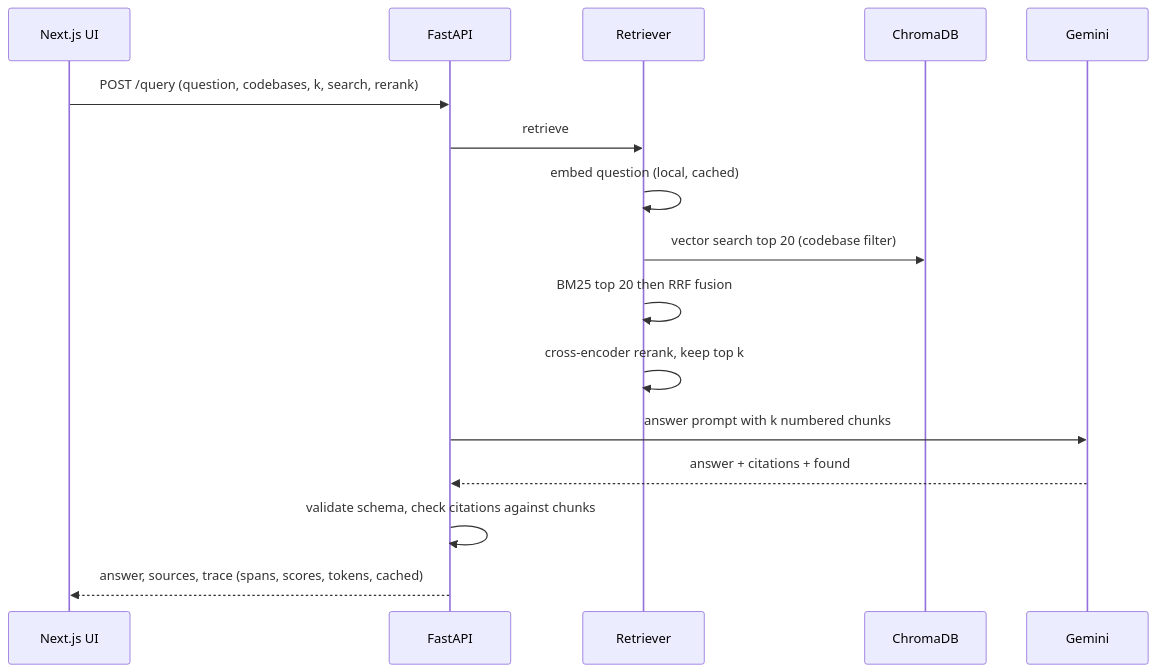
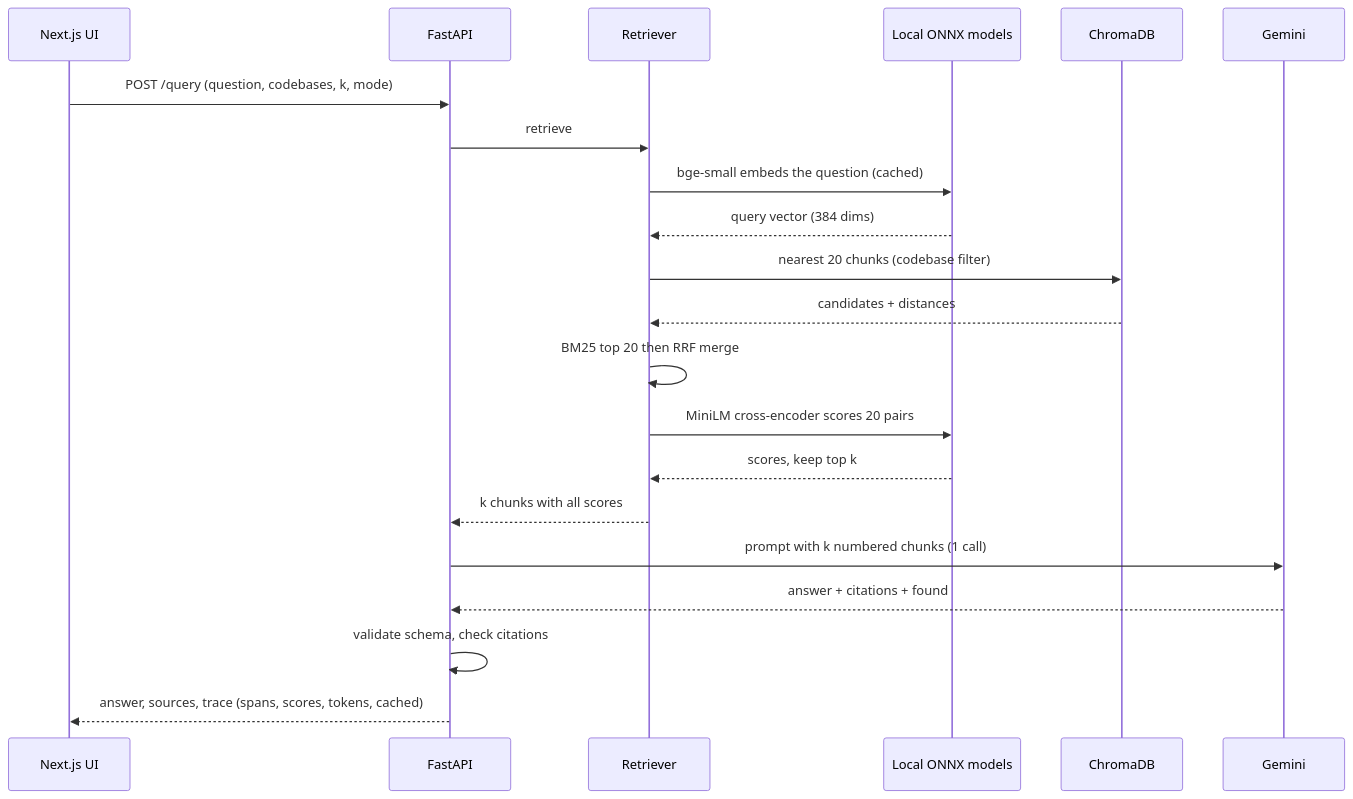
One commit to RodrigoDamasio/TA_Module4 changed the third of 3 diagrams in Lab_module4/PLAN.md. Above: the diagram before and after it, drawn with Mermaid. The commit also changed other lines of this file, not shown here.

Commit message:
Plan: show the local ONNX models in the query and indexing diagrams

````diff
--- a/Lab_module4/PLAN.md
+++ b/Lab_module4/PLAN.md
@@ -87,19 +87,24 @@
 ```mermaid
 sequenceDiagram
     participant UI as Next.js UI
     participant API as FastAPI
     participant R as Retriever
+    participant M as Local ONNX models
     participant C as ChromaDB
     participant G as Gemini
 
-    UI->>API: POST /query (question, codebases, k, search, rerank)
+    UI->>API: POST /query (question, codebases, k, mode)
     API->>R: retrieve
-    R->>R: embed question (local, cached)
-    R->>C: vector search top 20 (codebase filter)
-    R->>R: BM25 top 20 then RRF fusion
-    R->>R: cross-encoder rerank, keep top k
-    API->>G: answer prompt with k numbered chunks
+    R->>M: bge-small embeds the question (cached)
+    M-->>R: query vector (384 dims)
+    R->>C: nearest 20 chunks (codebase filter)
+    C-->>R: candidates + distances
+    R->>R: BM25 top 20 then RRF merge
+    R->>M: MiniLM cross-encoder scores 20 pairs
+    M-->>R: scores, keep top k
+    R-->>API: k chunks with all scores
+    API->>G: prompt with k numbered chunks (1 call)
     G-->>API: answer + citations + found
-    API->>API: validate schema, check citations against chunks
+    API->>API: validate schema, check citations
     API-->>UI: answer, sources, trace (spans, scores, tokens, cached)
 ```
````
